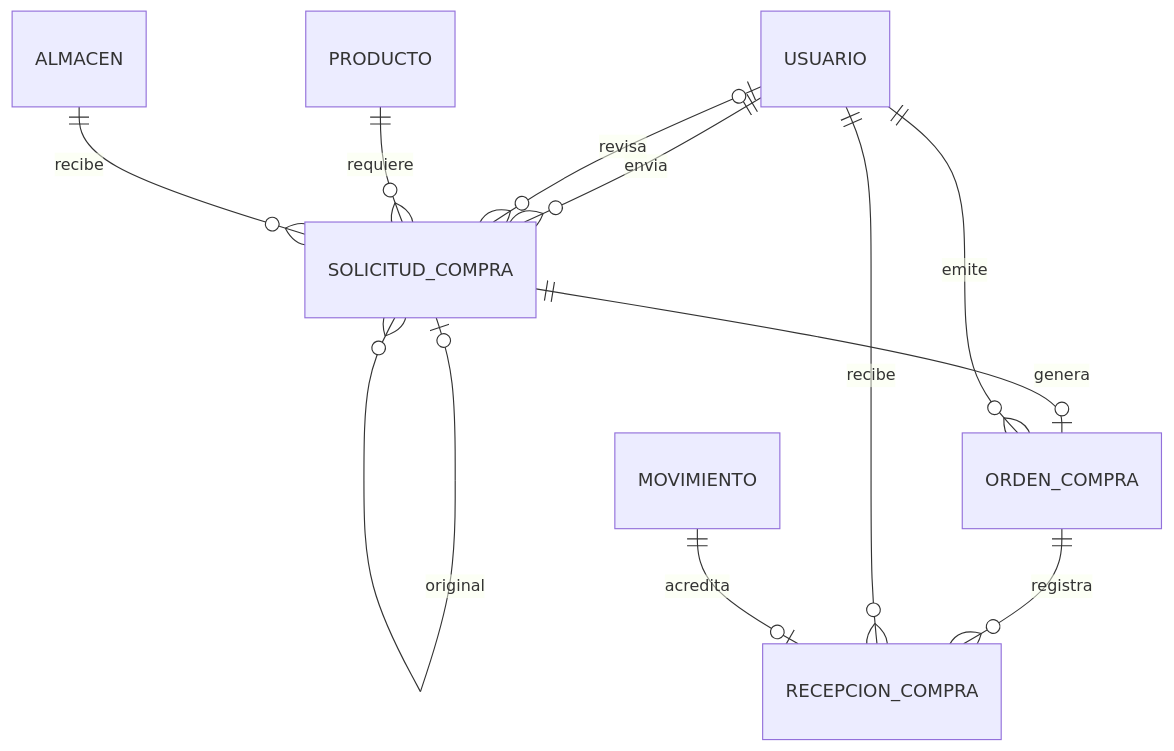
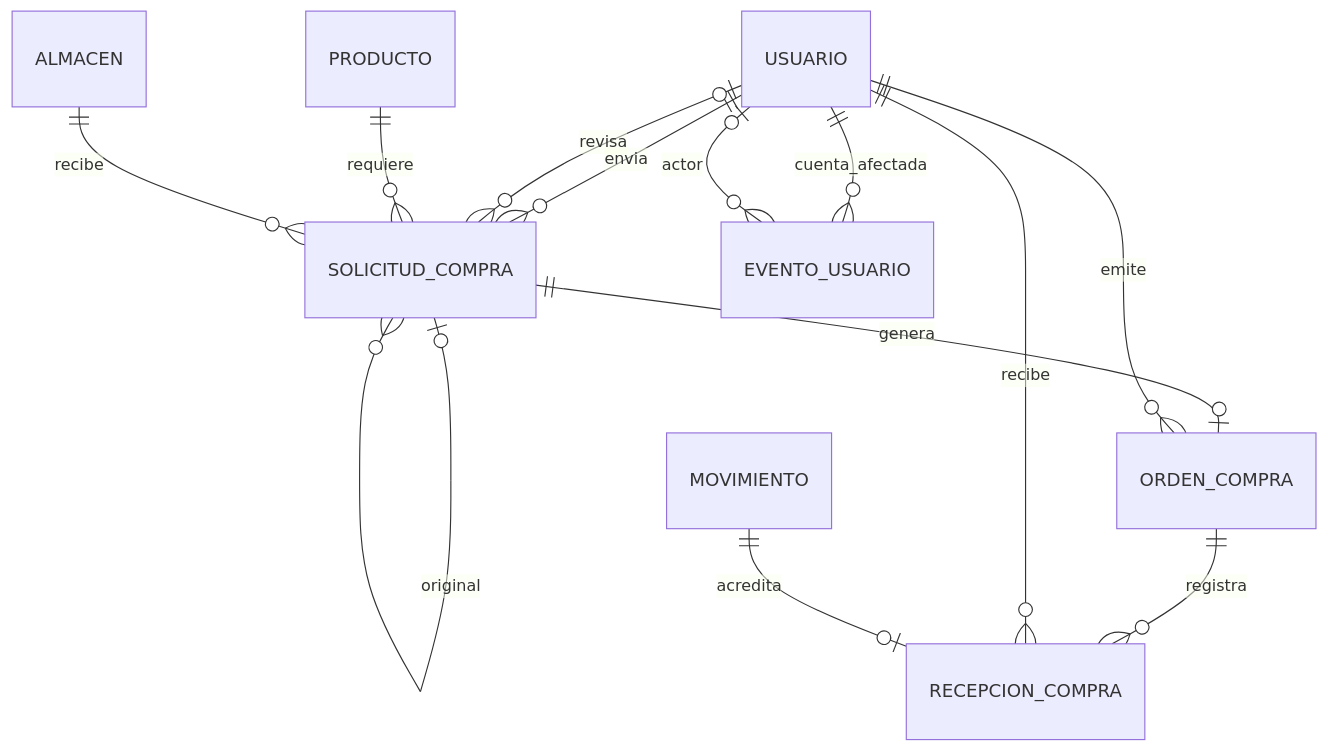
The diagram in backend/docs/APF3/REGLAS-Y-MODELO.md (PelayoSotoJoanAmado/ByteElement-DWI), drawn with Mermaid before and after one commit. The commit also changed other lines of this file and 2 other files, not shown here.

````diff
--- a/backend/docs/APF3/REGLAS-Y-MODELO.md
+++ b/backend/docs/APF3/REGLAS-Y-MODELO.md
@@ -98,13 +102,15 @@
 ```mermaid
 erDiagram
     USUARIO ||--o{ SOLICITUD_COMPRA : envia
     USUARIO o|--o{ SOLICITUD_COMPRA : revisa
     PRODUCTO ||--o{ SOLICITUD_COMPRA : requiere
     ALMACEN ||--o{ SOLICITUD_COMPRA : recibe
     SOLICITUD_COMPRA o|--o{ SOLICITUD_COMPRA : original
     SOLICITUD_COMPRA ||--o| ORDEN_COMPRA : genera
     USUARIO ||--o{ ORDEN_COMPRA : emite
     ORDEN_COMPRA ||--o{ RECEPCION_COMPRA : registra
     USUARIO ||--o{ RECEPCION_COMPRA : recibe
     MOVIMIENTO ||--o| RECEPCION_COMPRA : acredita
+    USUARIO ||--o{ EVENTO_USUARIO : cuenta_afectada
+    USUARIO o|--o{ EVENTO_USUARIO : actor
 ```
````
